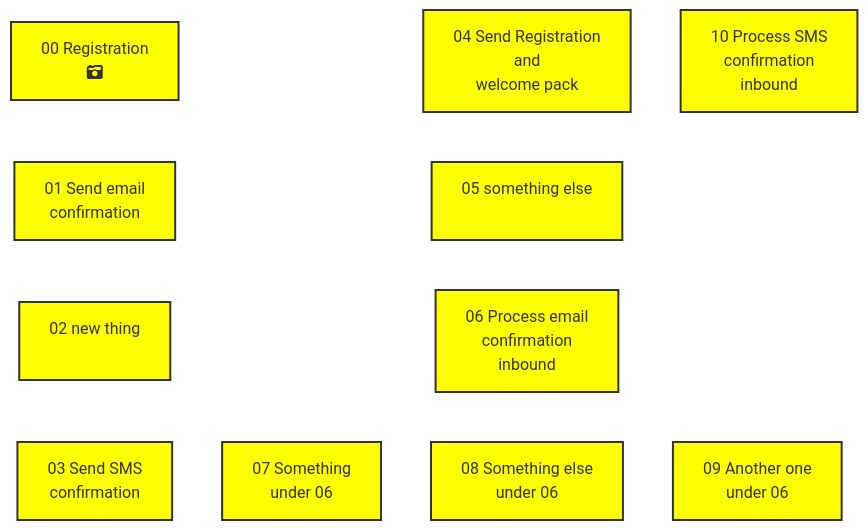
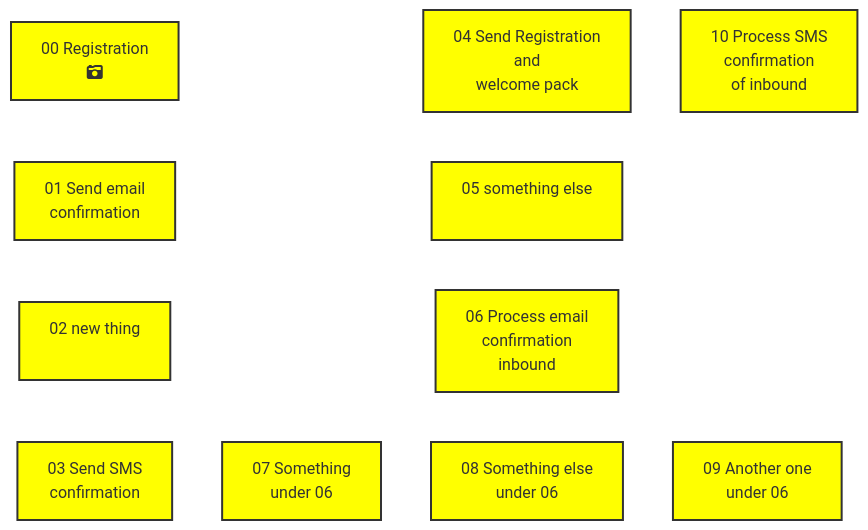
One commit to jimdeane/OpenCCM-wiki changed the diagram in Open-Source-Customer-Communication-Management-System-Project/Open-Source-Customer-Communication-System/User%2DJourneys.md. Above: the diagram before and after it, drawn with Mermaid.

Commit message:
Updated User-Journeys

```diff
--- a/Open-Source-Customer-Communication-Management-System-Project/Open-Source-Customer-Communication-System/User%2DJourneys.md
+++ b/Open-Source-Customer-Communication-Management-System-Project/Open-Source-Customer-Communication-System/User%2DJourneys.md
@@ -2,32 +2,32 @@
 ::: mermaid
 graph TD;
 id00[00 Registration<br>fa:fa-camera-retro<br>];
 id01[01 Send email<br>confirmation];
 id02[02 new thing<br><br>];
 id03[03 Send SMS<br>confirmation];
 id04[04 Send Registration<br>and<br>welcome pack];
 id05[05 something else<br><br>];
 id06[06 Process email<br>confirmation<br>inbound];
 id07[07 Something<br>under 06]
 id08[08 Something else<br>under 06]
 id09[09 Another one<br>under 06]
-id10[10 Process SMS<br>confirmation<br>inbound];
+id10[10 Process SMS<br>confirmation<br>of inbound];
 id00---id01
 id01---id02
 id02---id03
 id04---id05
 id05---id06
 id06---id07
 id06---id08
 id06---id09
 class id00,id01,id02,id03,id04,id05,id06,id07,id08,id09,id10 sticky;
 classDef sticky fill:yellow,stroke:#333,stroke-width:2px;
 linkStyle 0 stroke:#FFF,stroke-width:4px,color:red;
 linkStyle 1 stroke:#FFF,stroke-width:4px,color:red;
 linkStyle 2 stroke:#FFF,stroke-width:4px,color:red;
 linkStyle 3 stroke:#FFF,stroke-width:4px,color:red;
 linkStyle 4 stroke:#FFF,stroke-width:4px,color:red;
 linkStyle 5 stroke:#FFF,stroke-width:4px,color:red;
 linkStyle 6 stroke:#FFF,stroke-width:4px,color:red;
 linkStyle 7 stroke:#FFF,stroke-width:4px,color:red;
 :::
```
